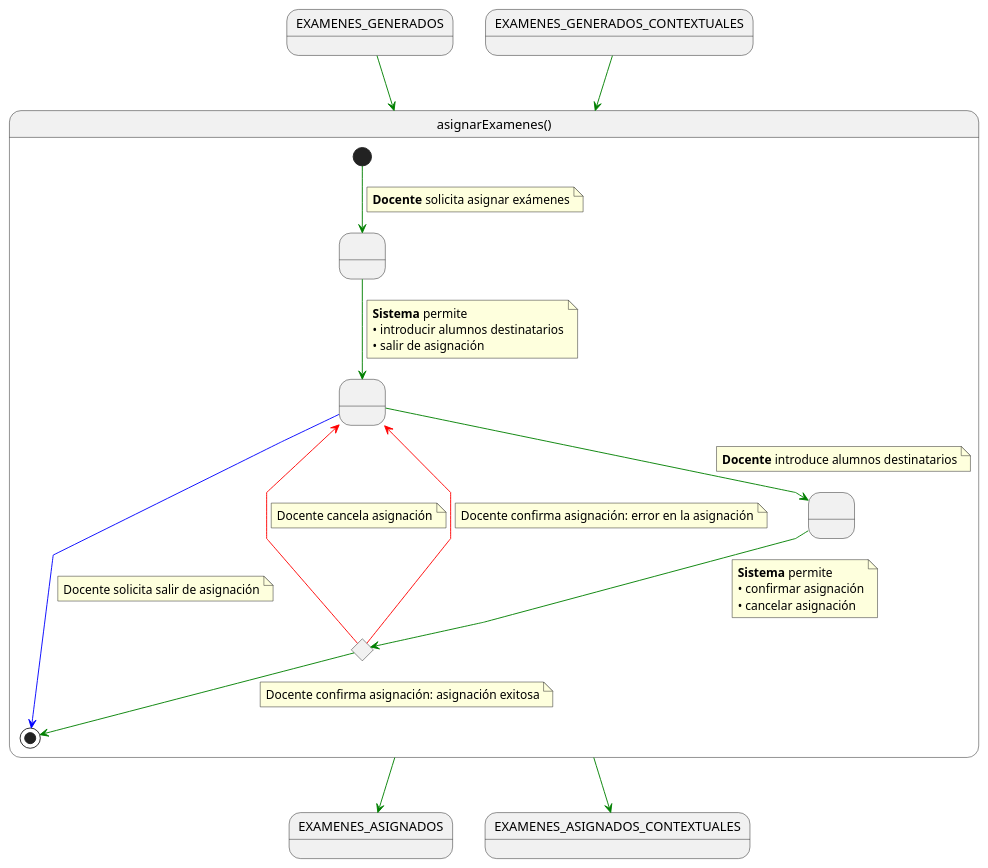
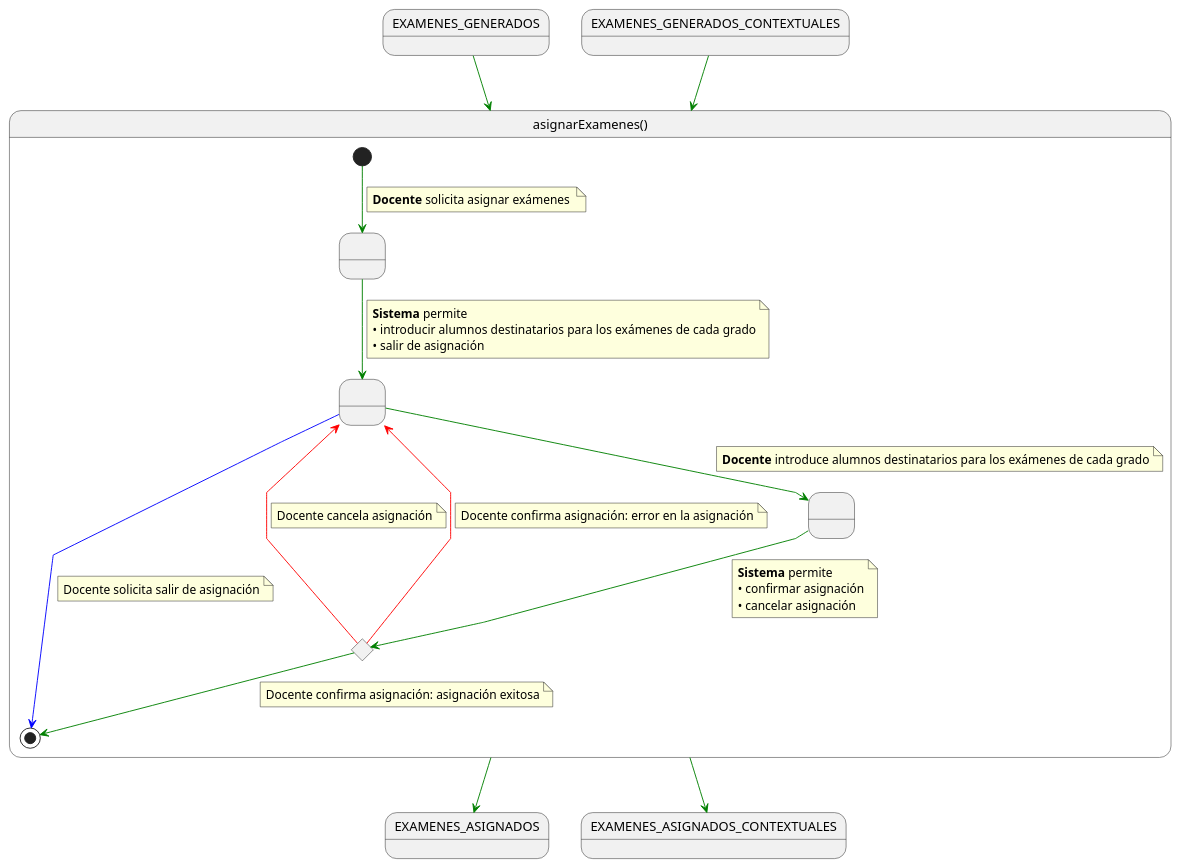
The diagram in documents/casos-de-uso/detalladoCasosDeUso/asignarExamenes/asignarExamenes.puml (martinlopez7/25-26-IdSw1-SdR), drawn with PlantUML before and after one commit. The commit also changed 11 other files, not shown here.

```diff
--- a/documents/casos-de-uso/detalladoCasosDeUso/asignarExamenes/asignarExamenes.puml
+++ b/documents/casos-de-uso/detalladoCasosDeUso/asignarExamenes/asignarExamenes.puml
@@ -1,62 +1,62 @@
 @startuml asignarExamenes
 
 skinparam linetype polyline
 
 state asignarExamenes as "asignarExamenes()" {
 
     state " " as RequiringAssignment
     state " " as ProvidingAssignment
     state " " as ProvidingConfirmation
     state c <<choice>>
 
     [*] -[#green]-> RequiringAssignment
     note on link
-    <b>Docente</b> solicita asignar exámenes
+    <b>Docente</b> solicita asignar exámenes 
     end note    
 
     RequiringAssignment -[#green]-> ProvidingAssignment
     note on link
     <b>Sistema</b> permite 
-    • introducir alumnos destinatarios
+    • introducir alumnos destinatarios para los exámenes de cada grado
     • salir de asignación
     end note
 
     ProvidingAssignment -[#green]-> ProvidingConfirmation
     note on link
-    <b>Docente</b> introduce alumnos destinatarios
+    <b>Docente</b> introduce alumnos destinatarios para los exámenes de cada grado
     end note
 
     ProvidingConfirmation -[#green]-> c
     note on link
     <b>Sistema</b> permite
     • confirmar asignación
     • cancelar asignación
     end note
 
     c -[#red]-> ProvidingAssignment
     note on link
     Docente cancela asignación
     end note
 
     c -[#red]-> ProvidingAssignment
     note on link
     Docente confirma asignación: error en la asignación
     end note
 
     c -[#green]-> [*]
     note on link
     Docente confirma asignación: asignación exitosa
     end note
     
     ProvidingAssignment -[#blue]-> [*]
     note on link
     Docente solicita salir de asignación
     end note
 }
 
 EXAMENES_GENERADOS -[#green]-> asignarExamenes
 EXAMENES_GENERADOS_CONTEXTUALES -[#green]-> asignarExamenes
 asignarExamenes -[#green]-> EXAMENES_ASIGNADOS
 asignarExamenes -[#green]-> EXAMENES_ASIGNADOS_CONTEXTUALES
 
 @enduml
```
